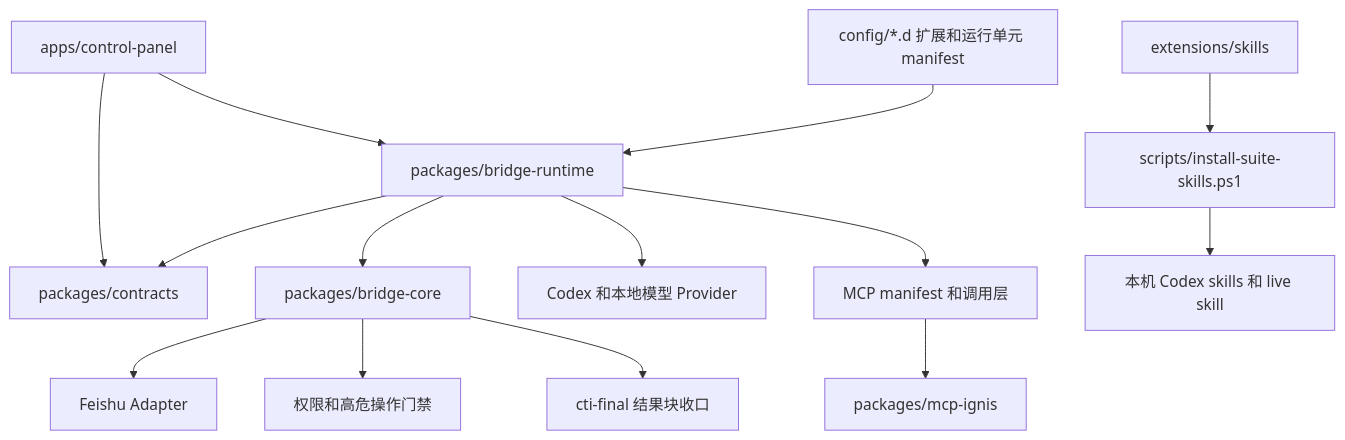
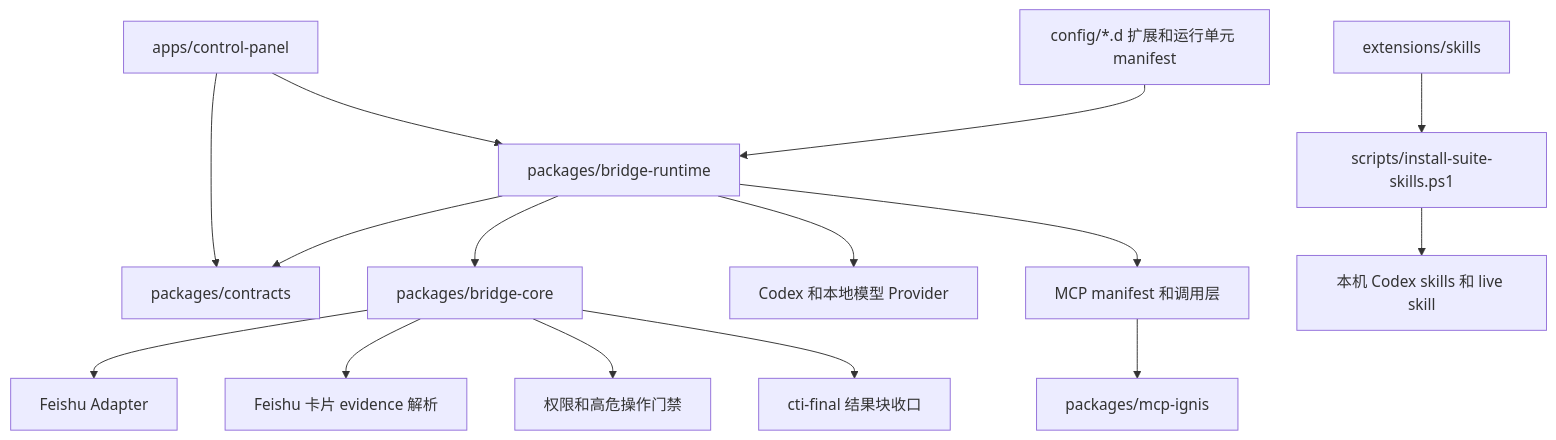
One commit to dddfuxi/codex-im-suite changed the second of 9 diagrams in docs/PROJECT-ARCHITECTURE.md. Above: the diagram before and after it, drawn with Mermaid. The commit also changed other lines of this file and 229 other files, not shown here.

````diff
--- a/docs/PROJECT-ARCHITECTURE.md
+++ b/docs/PROJECT-ARCHITECTURE.md
@@ -54,16 +54,17 @@
 ```mermaid
 flowchart TD
   Panel[apps/control-panel] --> Runtime[packages/bridge-runtime]
   Panel --> Contracts[packages/contracts]
   Runtime --> Contracts
   Runtime --> Core[packages/bridge-core]
   Runtime --> ProviderLayer[Codex 和本地模型 Provider]
   Runtime --> McpLayer[MCP manifest 和调用层]
   McpLayer --> IgnisPackage[packages/mcp-ignis]
   Core --> FeishuAdapter[Feishu Adapter]
+  Core --> FeishuCardEvidence[Feishu 卡片 evidence 解析]
   Core --> PermissionBroker[权限和高危操作门禁]
   Core --> ReplyEnvelope[cti-final 结果块收口]
   Config[config/*.d 扩展和运行单元 manifest] --> Runtime
   Extensions[extensions/skills] --> Scripts[scripts/install-suite-skills.ps1]
   Scripts --> CodexSkills[本机 Codex skills 和 live skill]
 ```
````
